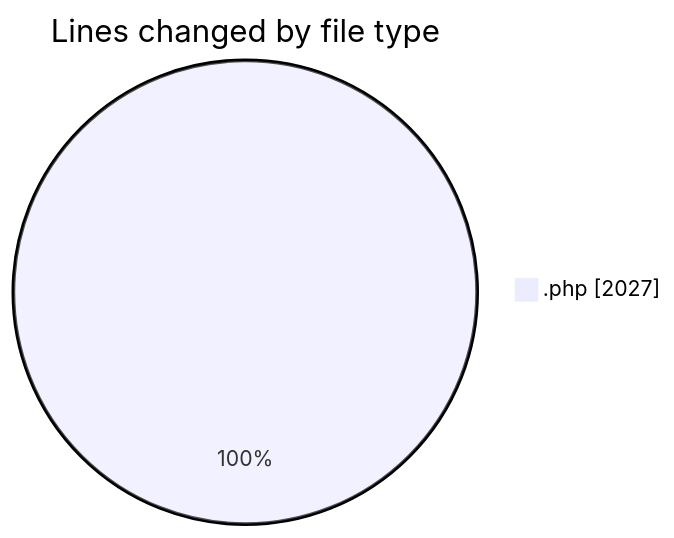
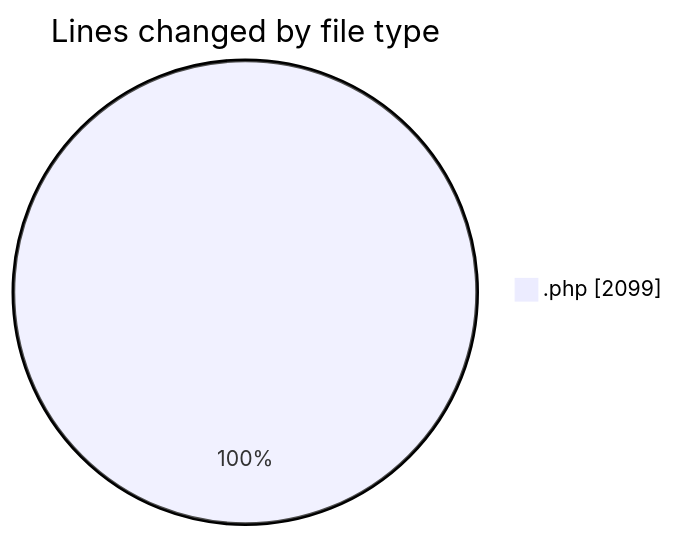
Before and after one commit to debugP/code-tracking: the first of 2 diagrams in 2026-01-13/plugins__workspace_/README.md, drawn with Mermaid. The commit also changed other lines of this file and 1 other file, not shown here.

````diff
--- a/2026-01-13/plugins__workspace_/README.md
+++ b/2026-01-13/plugins__workspace_/README.md
@@ -20,5 +20,5 @@
 ```mermaid
 pie showData
 title Lines changed by file type
-".php" : 2027
+".php" : 2099
 ```
````
